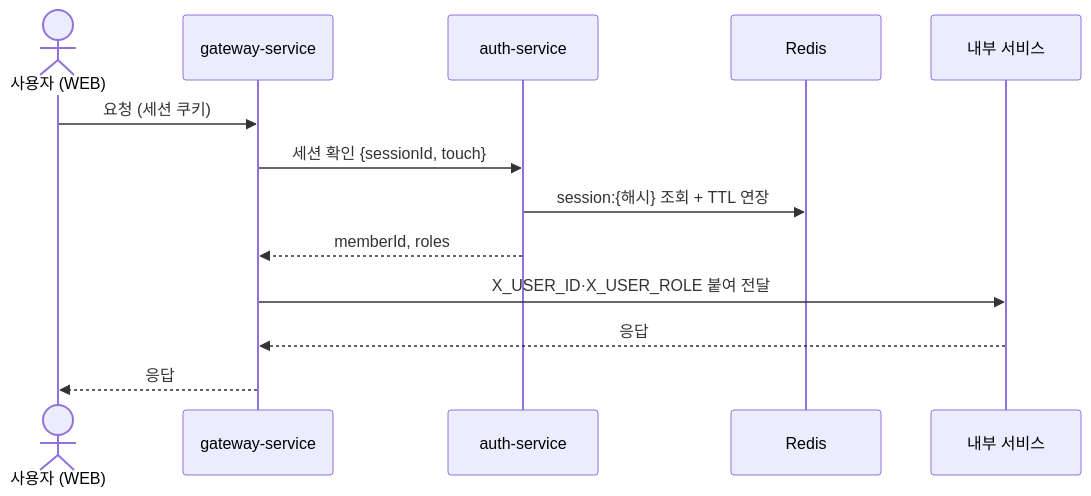
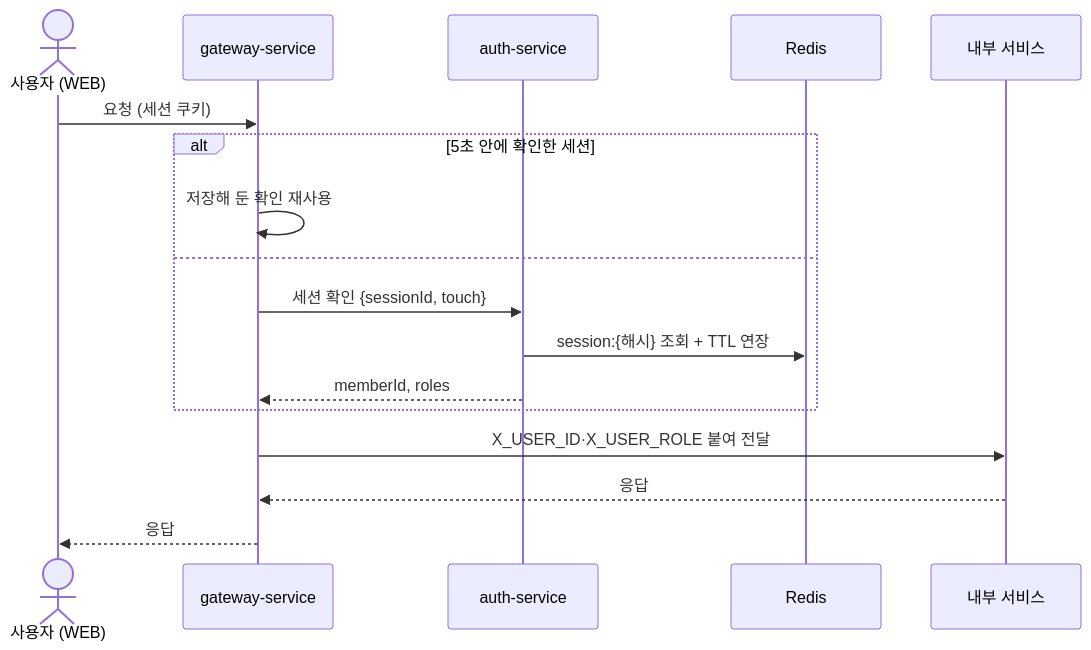
One commit to rivertw777/ModuDrive-API changed the third of 4 diagrams in .docs/spec/004-auth-spec.md. Above: the diagram before and after it, drawn with Mermaid. The commit also changed other lines of this file and 9 other files, not shown here.

````diff
--- a/.docs/spec/004-auth-spec.md
+++ b/.docs/spec/004-auth-spec.md
@@ -242,16 +242,20 @@
 ```mermaid
 sequenceDiagram
     actor U as 사용자 (WEB)
     participant G as gateway-service
     participant A as auth-service
     participant R as Redis
     participant S as 내부 서비스
 
     U->>G: 요청 (세션 쿠키)
-    G->>A: 세션 확인 {sessionId, touch}
-    A->>R: session:{해시} 조회 + TTL 연장
-    A-->>G: memberId, roles
+    alt 5초 안에 확인한 세션
+        G->>G: 저장해 둔 확인 재사용
+    else
+        G->>A: 세션 확인 {sessionId, touch}
+        A->>R: session:{해시} 조회 + TTL 연장
+        A-->>G: memberId, roles
+    end
     G->>S: X_USER_ID·X_USER_ROLE 붙여 전달
     S-->>G: 응답
     G-->>U: 응답
 ```
````
